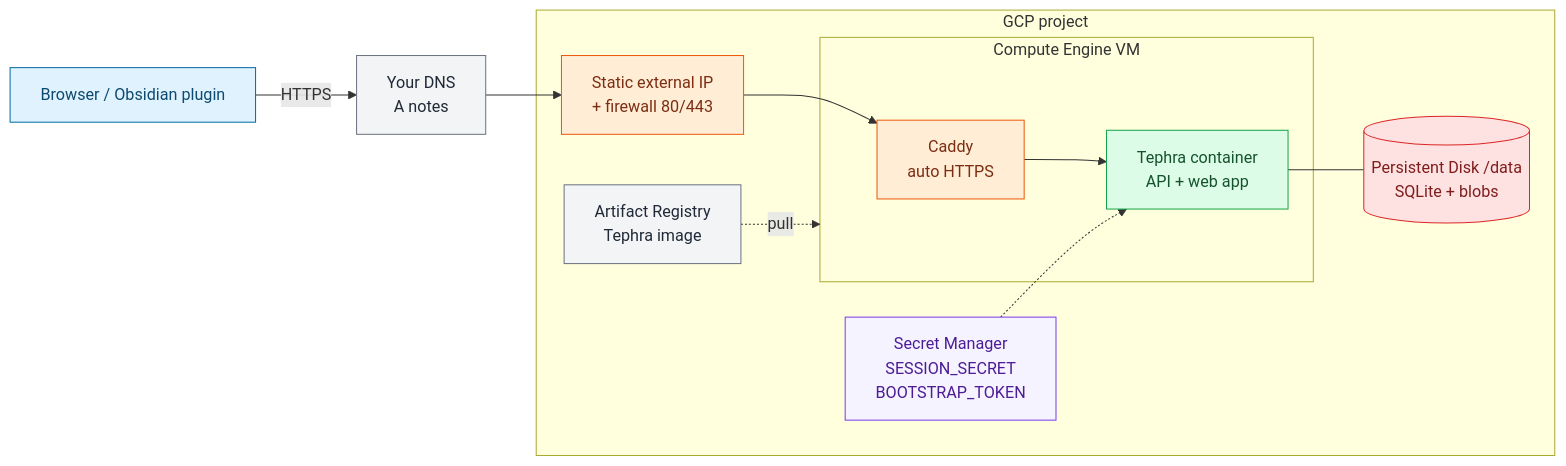
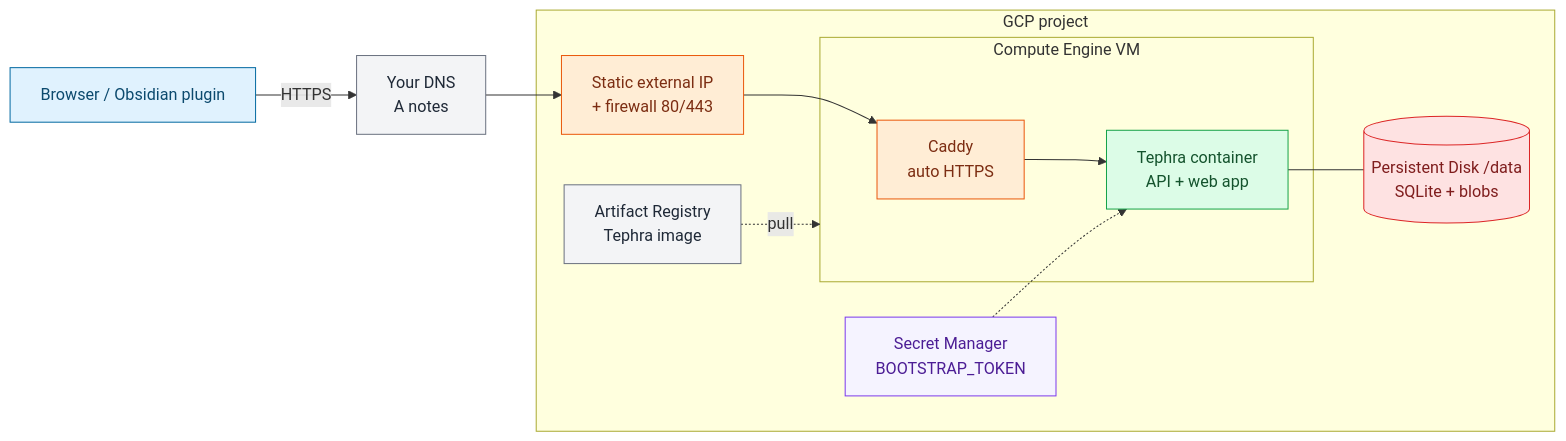
Before and after one commit to championswimmer/tephra: the diagram in docs/deploy/GCP.md, drawn with Mermaid. The commit also changed other lines of this file and 159 other files, not shown here.

````diff
--- a/docs/deploy/GCP.md
+++ b/docs/deploy/GCP.md
@@ -9,34 +9,34 @@
 ```mermaid
 flowchart LR
   U["Browser / Obsidian plugin"]
   DNS["Your DNS<br/>A notes"]
   subgraph GCP["GCP project"]
     IP["Static external IP<br/>+ firewall 80/443"]
     subgraph VM["Compute Engine VM"]
       CADDY["Caddy<br/>auto HTTPS"]
       APP["Tephra container<br/>API + web app"]
     end
     PD[("Persistent Disk /data<br/>SQLite + blobs")]
-    SM["Secret Manager<br/>SESSION_SECRET<br/>BOOTSTRAP_TOKEN"]
+    SM["Secret Manager<br/>BOOTSTRAP_TOKEN"]
     AR["Artifact Registry<br/>Tephra image"]
   end
   DNS --> IP --> CADDY --> APP
   APP --- PD
   SM -.-> APP
   AR -.->|pull| VM
   U -->|HTTPS| DNS
 
   class U actor;
   class DNS meta;
   class IP,CADDY edge;
   class APP run;
   class PD data;
   class SM secret;
   class AR meta;
   classDef actor fill:#E0F2FE,stroke:#0369A1,color:#0C4A6E;
   classDef edge fill:#FFEDD5,stroke:#EA580C,color:#7C2D12;
   classDef run fill:#DCFCE7,stroke:#16A34A,color:#14532D;
   classDef data fill:#FEE2E2,stroke:#DC2626,color:#7F1D1D;
   classDef secret fill:#F5F3FF,stroke:#7C3AED,color:#4C1D95;
   classDef meta fill:#F3F4F6,stroke:#6B7280,color:#1F2937;
 ```
````
